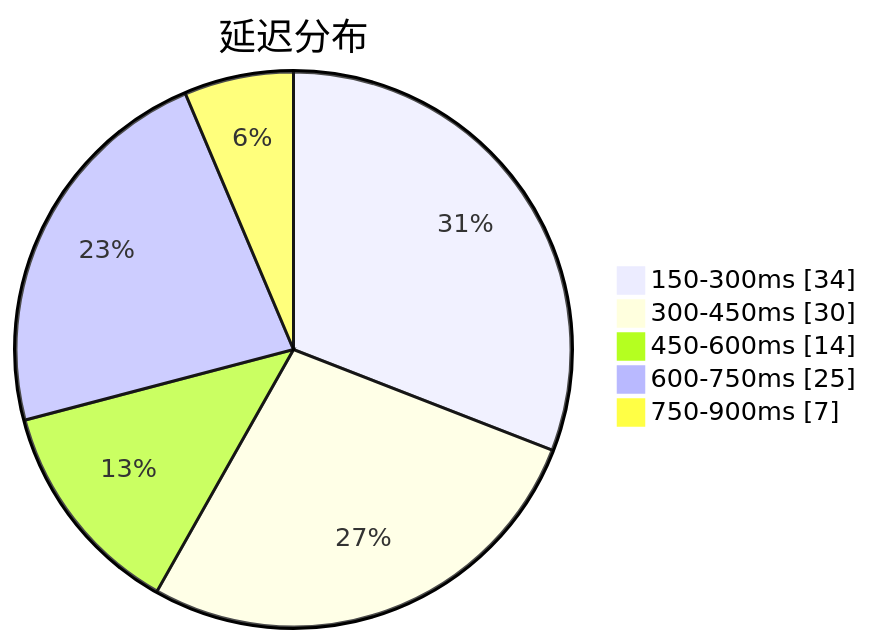
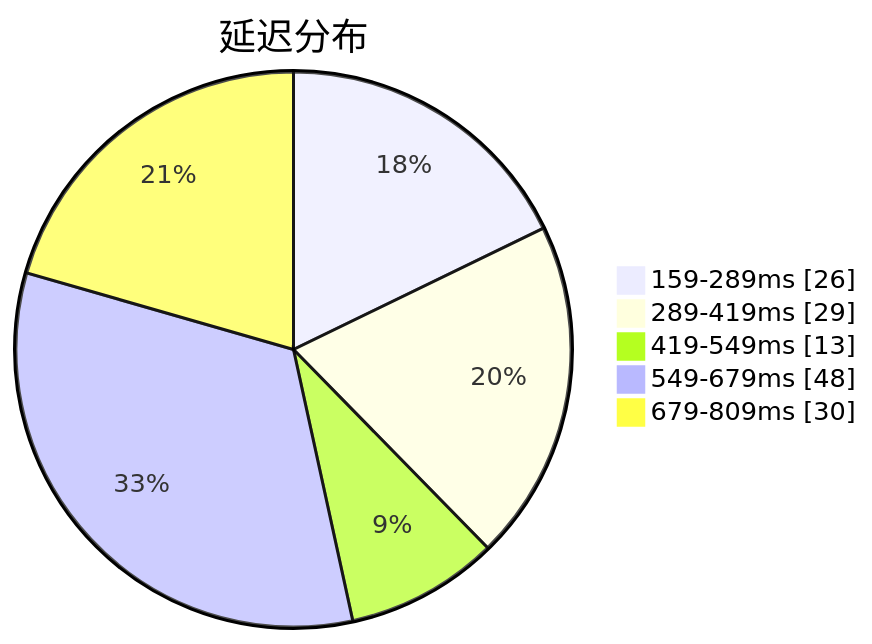
Before and after one commit to qjlxg/airport: the first of 3 diagrams in subs/statistics/tested_within.md, drawn with Mermaid. The commit also changed other lines of this file and 2 other files, not shown here.

````diff
--- a/subs/statistics/tested_within.md
+++ b/subs/statistics/tested_within.md
@@ -2,9 +2,9 @@
 ```mermaid
 pie showData
 title 延迟分布
-"150-300ms" : 34
-"300-450ms" : 30
-"450-600ms" : 14
-"600-750ms" : 25
-"750-900ms" : 7
+"159-289ms" : 26
+"289-419ms" : 29
+"419-549ms" : 13
+"549-679ms" : 48
+"679-809ms" : 30
 ```
````
